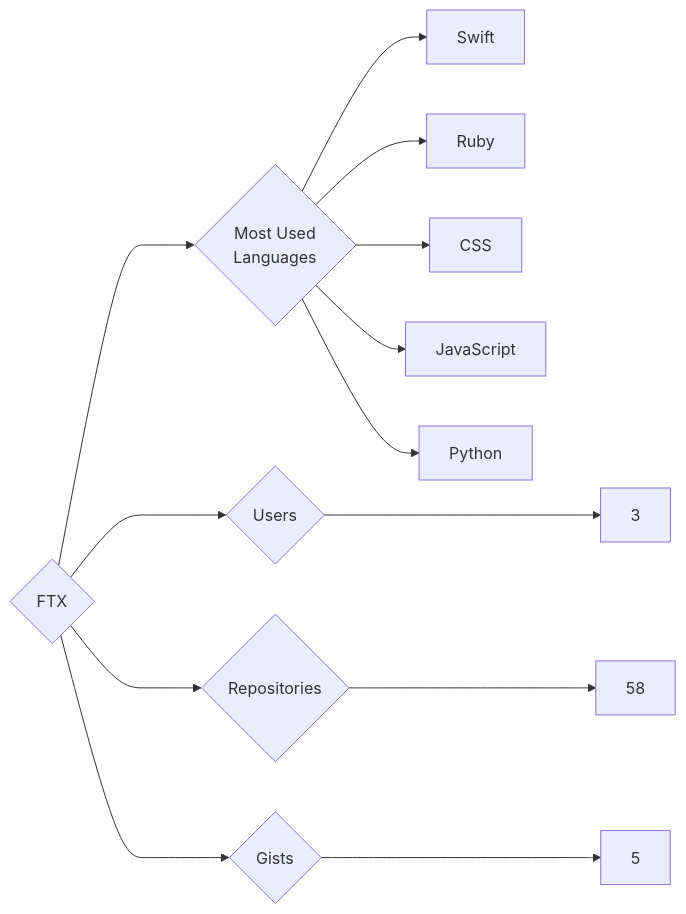
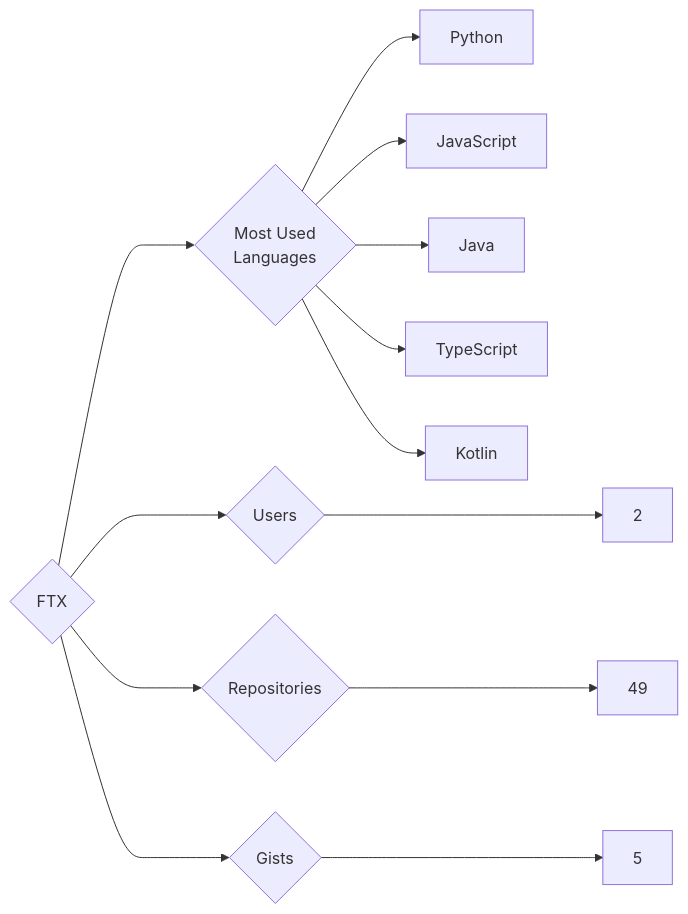
The diagram in targets/FTX/README.md (trickest/insiders), drawn with Mermaid before and after one commit. The commit also changed 1020 other files, not shown here.

````diff
--- a/targets/FTX/README.md
+++ b/targets/FTX/README.md
@@ -3,13 +3,13 @@
 ```mermaid
 graph LR
 COMPANY_NAME{FTX}
-COMPANY_NAME ---> U{Users} ---> UN[3]
-COMPANY_NAME ---> R{Repositories} ---> RN[58]
+COMPANY_NAME ---> U{Users} ---> UN[2]
+COMPANY_NAME ---> R{Repositories} ---> RN[49]
 COMPANY_NAME ---> G{Gists} ---> GN[5]
 COMPANY_NAME ---> ML{Most Used<br>Languages}
-ML --> Swift[Swift]
-ML --> Ruby[Ruby]
-ML --> CSS[CSS]
+ML --> Python[Python]
 ML --> JavaScript[JavaScript]
-ML --> Python[Python]
+ML --> Java[Java]
+ML --> TypeScript[TypeScript]
+ML --> Kotlin[Kotlin]
 ```
````
